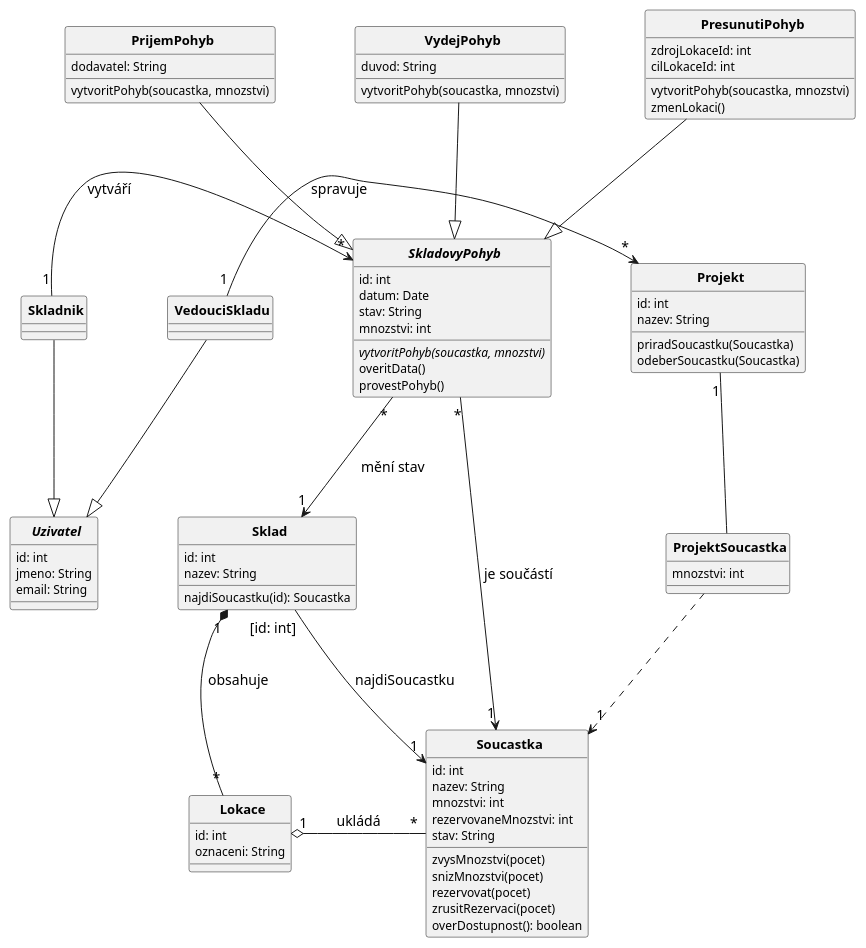
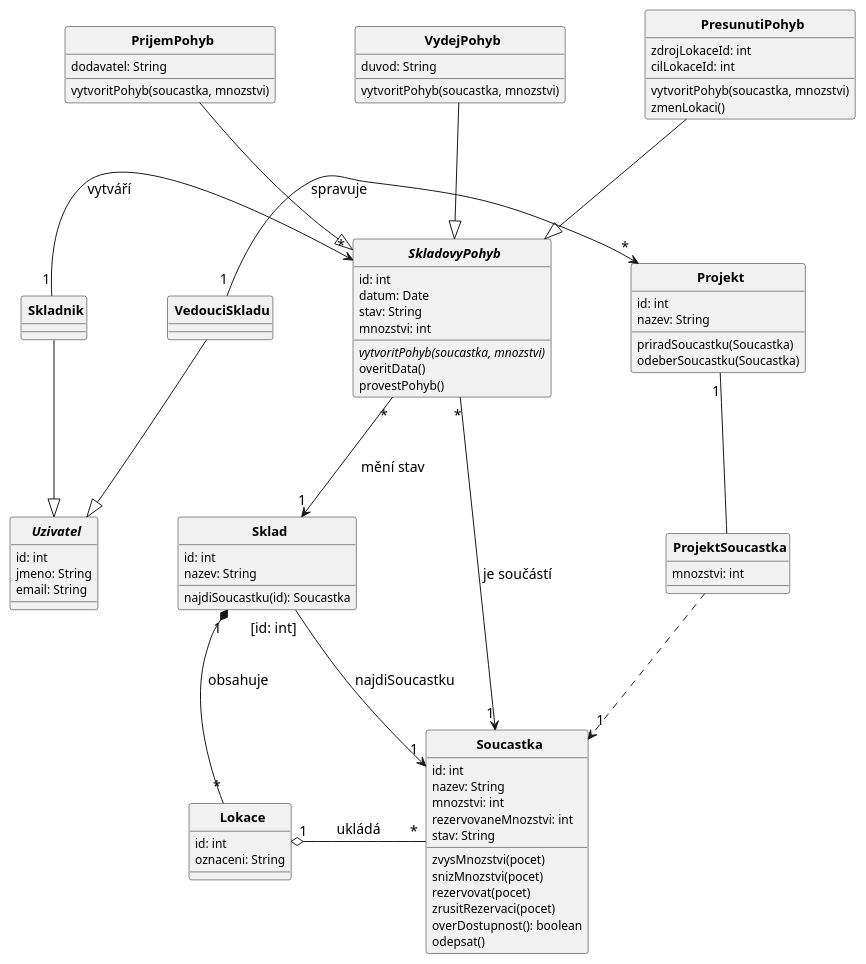
The diagram in diagrams/02_class_diagram.puml (lkvapil/kOdevzdaniProjektWMS), drawn with PlantUML before and after one commit. The commit also changed 11 other files, not shown here.

Commit message:
build: recompile vsechny diagramy

```diff
--- a/diagrams/02_class_diagram.puml
+++ b/diagrams/02_class_diagram.puml
@@ -1,108 +1,109 @@
 @startuml
 top to bottom direction
 skinparam CircledCharacterRadius 0
 skinparam CircledCharacterFontSize 0
 skinparam defaultFontSize 12
 skinparam classFontSize 13
 skinparam classFontStyle bold
 skinparam ArrowFontSize 14
 skinparam nodesep 80
 skinparam ranksep 80
 
 abstract class Uzivatel {
   id: int
   jmeno: String
   email: String
 }
 
 class Skladnik {
 }
 
 class VedouciSkladu {
 }
 
 class PrijemPohyb {
   dodavatel: String
   vytvoritPohyb(soucastka, mnozstvi)
 }
 
 class VydejPohyb {
   duvod: String
   vytvoritPohyb(soucastka, mnozstvi)
 }
 
 class PresunutiPohyb {
   zdrojLokaceId: int
   cilLokaceId: int
   vytvoritPohyb(soucastka, mnozstvi)
   zmenLokaci()
 }
 
 abstract class SkladovyPohyb {
   id: int
   datum: Date
   stav: String
   mnozstvi: int
   {abstract} vytvoritPohyb(soucastka, mnozstvi)
   overitData()
   provestPohyb()
 }
 
 class Projekt {
   id: int
   nazev: String
   priradSoucastku(Soucastka)
   odeberSoucastku(Soucastka)
 }
 
 class ProjektSoucastka {
   mnozstvi: int
 }
 
 class Sklad {
   id: int
   nazev: String
   najdiSoucastku(id): Soucastka
 }
 
 class Lokace {
   id: int
   oznaceni: String
 }
 
 class Soucastka {
   id: int
   nazev: String
   mnozstvi: int
   rezervovaneMnozstvi: int
   stav: String
   zvysMnozstvi(pocet)
   snizMnozstvi(pocet)
   rezervovat(pocet)
   zrusitRezervaci(pocet)
   overDostupnost(): boolean
+  odepsat()
 }
 
 ' -- Generalizace: -down-|> = child ABOVE parent
 PrijemPohyb    -down-|> SkladovyPohyb
 VydejPohyb     -down-|> SkladovyPohyb
 PresunutiPohyb -down-|> SkladovyPohyb
 Skladnik       -down-|> Uzivatel
 VedouciSkladu  -down-|> Uzivatel
 
 ' -- ProjektSoucastka (association class)
 Projekt        "1"  --  ProjektSoucastka
 ProjektSoucastka    ..> "1" Soucastka
 
 ' -- Kvalifikovana vazba
 Sklad "[id: int]" -right-> "1" Soucastka : \nnajdiSoucastku
 
 ' -- Asociace
 VedouciSkladu "1" -right-> "*" Projekt       : \nspravuje
 Skladnik      "1" -right-> "*" SkladovyPohyb : \nvytváří
 SkladovyPohyb "*"  -->     "1" Sklad         : \nmění stav
 SkladovyPohyb "*"  -->     "1" Soucastka     : \nje součástí
 Sklad         "1" *--      "*" Lokace        : \nobsahuje
 Lokace        "1" o-right- "*" Soucastka     : \nukládá
 
 @enduml
```
